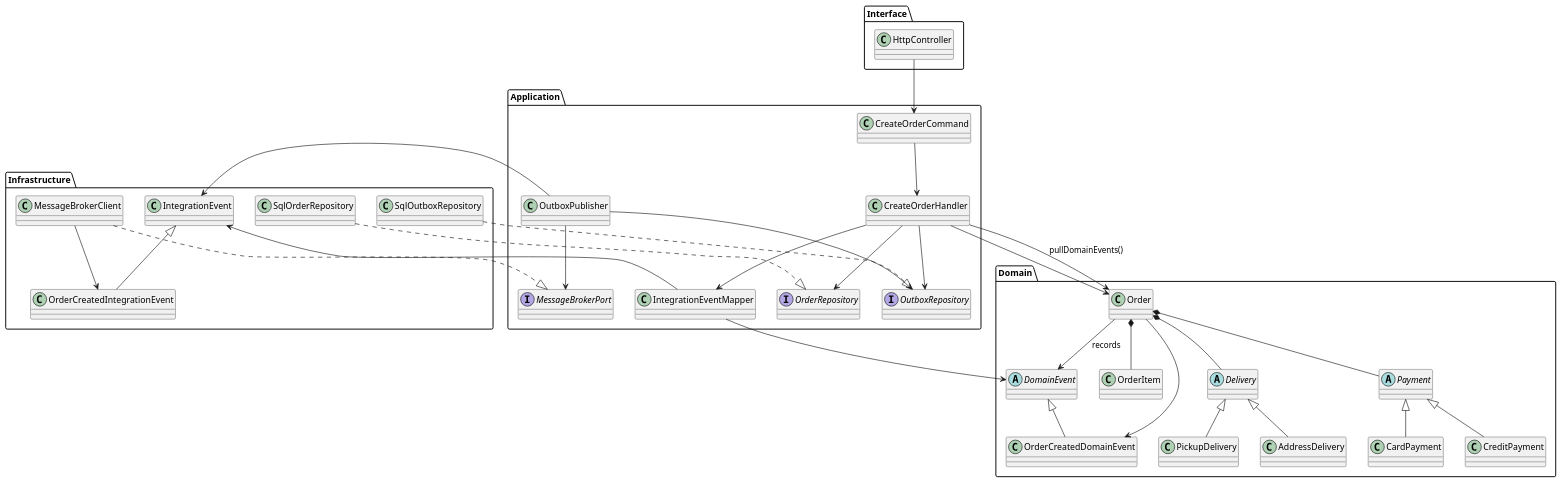
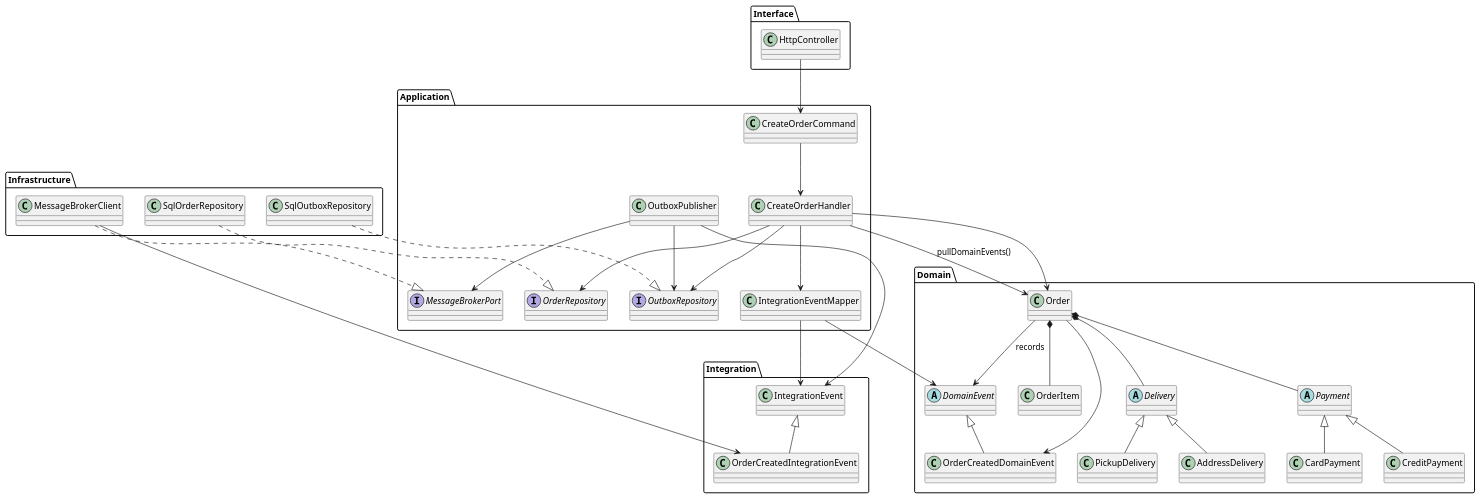
The diagram in architecture.puml (robotateme/order-service-design), drawn with PlantUML before and after one commit. The commit also changed 3 other files, not shown here.

```diff
--- a/architecture.puml
+++ b/architecture.puml
@@ -1,73 +1,76 @@
 @startuml
 
 package Application {
 class CreateOrderCommand
 class CreateOrderHandler
 class OutboxPublisher
 class IntegrationEventMapper
 interface OrderRepository
 interface OutboxRepository
 interface MessageBrokerPort
 }
 
 package Domain {
 class Order
 class OrderItem
 abstract class DomainEvent
 class OrderCreatedDomainEvent
 abstract class Delivery
 class PickupDelivery
 class AddressDelivery
 
 abstract class Payment
 class CardPayment
 class CreditPayment
 }
 
+package Integration {
+class IntegrationEvent
+class OrderCreatedIntegrationEvent
+}
+
 package Infrastructure {
 class SqlOrderRepository
 class SqlOutboxRepository
 class MessageBrokerClient
-class IntegrationEvent
-class OrderCreatedIntegrationEvent
 }
 
 package Interface {
 class HttpController
 }
 
 HttpController --> CreateOrderCommand
 CreateOrderCommand --> CreateOrderHandler
 
 CreateOrderHandler --> Order
 CreateOrderHandler --> IntegrationEventMapper
 
 CreateOrderHandler --> OrderRepository
 CreateOrderHandler --> OutboxRepository
 
 Order *-- OrderItem
 Order *-- Delivery
 Order *-- Payment
 Order --> DomainEvent : records
 Order --> OrderCreatedDomainEvent
 DomainEvent <|-- OrderCreatedDomainEvent
 CreateOrderHandler --> Order : pullDomainEvents()
 IntegrationEventMapper --> DomainEvent
 IntegrationEventMapper --> IntegrationEvent
 IntegrationEvent <|-- OrderCreatedIntegrationEvent
 
 Delivery <|-- PickupDelivery
 Delivery <|-- AddressDelivery
 
 Payment <|-- CardPayment
 Payment <|-- CreditPayment
 
 OutboxPublisher --> OutboxRepository
 OutboxPublisher --> MessageBrokerPort
 OutboxPublisher --> IntegrationEvent
 SqlOrderRepository ..|> OrderRepository
 SqlOutboxRepository ..|> OutboxRepository
 MessageBrokerClient ..|> MessageBrokerPort
 MessageBrokerClient --> OrderCreatedIntegrationEvent
 
 @enduml
```
